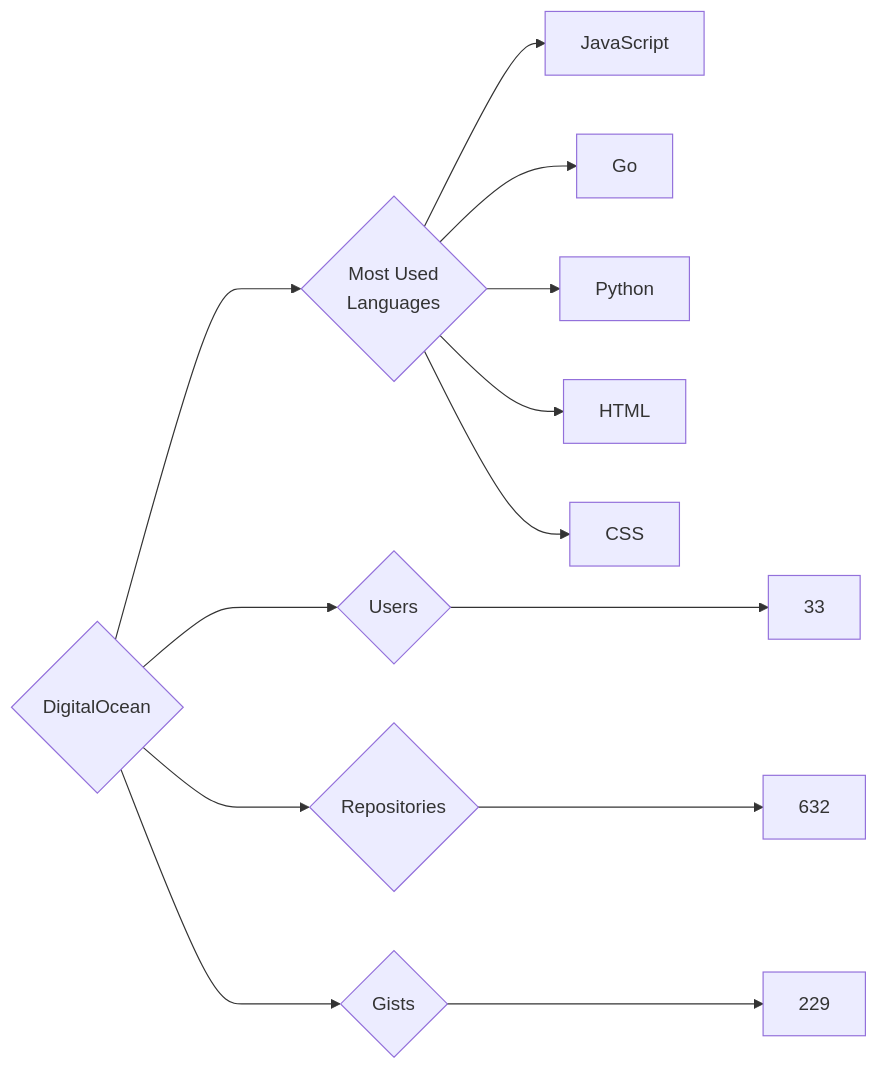
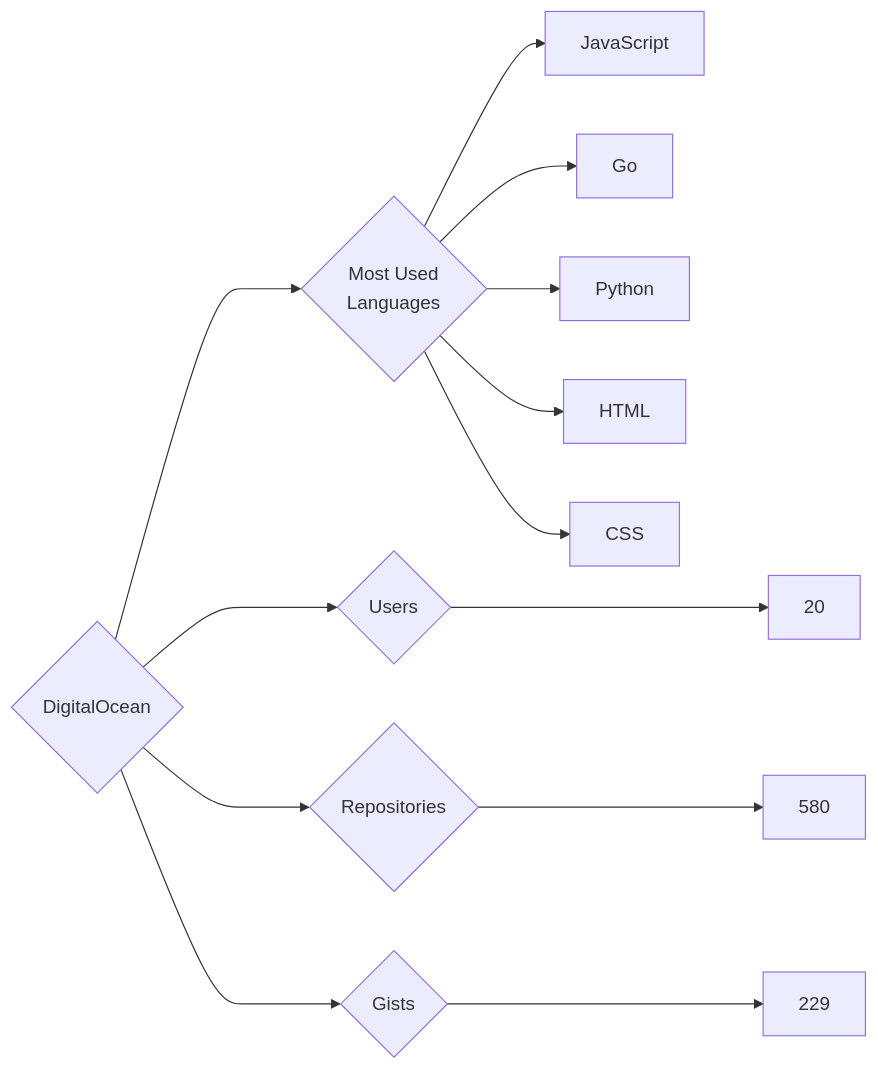
Before and after one commit to trickest/insiders: the diagram in targets/DigitalOcean/README.md, drawn with Mermaid. The commit also changed 953 other files, not shown here.

````diff
--- a/targets/DigitalOcean/README.md
+++ b/targets/DigitalOcean/README.md
@@ -3,13 +3,13 @@
 ```mermaid
 graph LR
 COMPANY_NAME{DigitalOcean}
-COMPANY_NAME ---> U{Users} ---> UN[33]
-COMPANY_NAME ---> R{Repositories} ---> RN[632]
+COMPANY_NAME ---> U{Users} ---> UN[20]
+COMPANY_NAME ---> R{Repositories} ---> RN[580]
 COMPANY_NAME ---> G{Gists} ---> GN[229]
 COMPANY_NAME ---> ML{Most Used<br>Languages}
 ML --> JavaScript[JavaScript]
 ML --> Go[Go]
 ML --> Python[Python]
 ML --> HTML[HTML]
 ML --> CSS[CSS]
 ```
````
